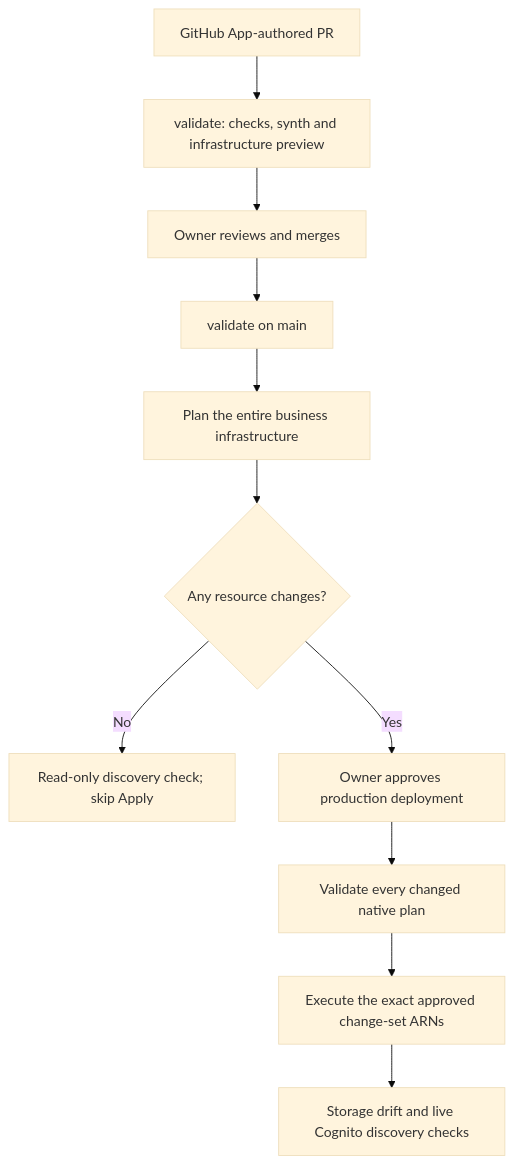
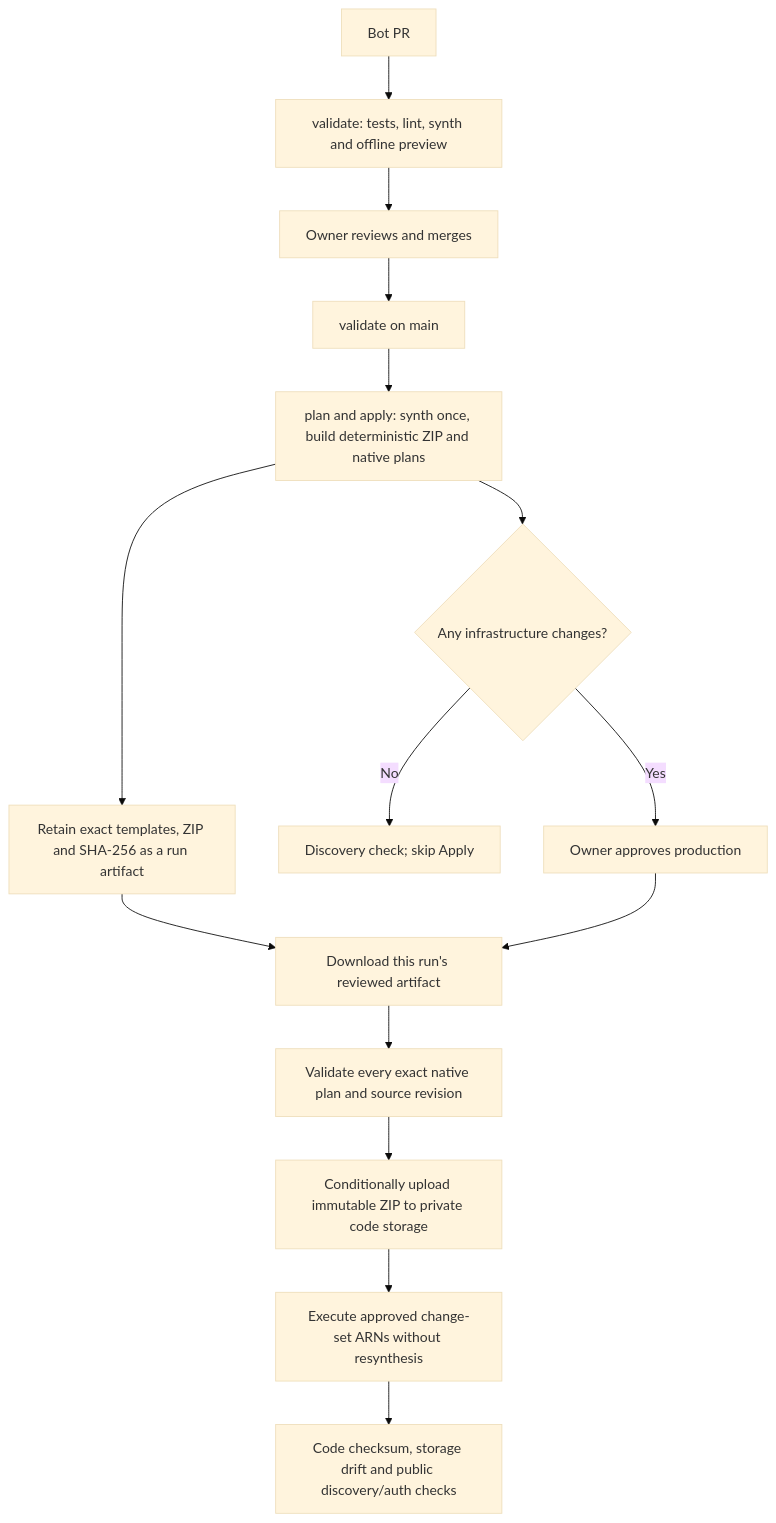
The second of 2 diagrams in README.md (yepengfan/obsidian-workflow-infra), drawn with Mermaid (base theme) before and after one commit. The commit also changed other lines of this file and 30 other files, not shown here.

````diff
--- a/README.md
+++ b/README.md
@@ -46,13 +53,17 @@
 ```mermaid
 flowchart TD
-    PR["GitHub App-authored PR"] --> Verify["validate: checks, synth and infrastructure preview"]
+    PR["Bot PR"] --> Verify["validate: tests, lint, synth and offline preview"]
     Verify --> Review["Owner reviews and merges"]
     Review --> Main["validate on main"]
-    Main --> Plan["Plan the entire business infrastructure"]
-    Plan --> Changes{"Any resource changes?"}
-    Changes -->|No| Unchanged["Read-only discovery check; skip Apply"]
-    Changes -->|Yes| Approval["Owner approves production deployment"]
-    Approval --> Preflight["Validate every changed native plan"]
-    Preflight --> Apply["Execute the exact approved change-set ARNs"]
-    Apply --> Check["Storage drift and live Cognito discovery checks"]
+    Main --> Plan["plan and apply: synth once, build deterministic ZIP and native plans"]
+    Plan --> Artifact["Retain exact templates, ZIP and SHA-256 as a run artifact"]
+    Plan --> Changed{"Any infrastructure changes?"}
+    Changed -->|No| Unchanged["Discovery check; skip Apply"]
+    Changed -->|Yes| Approval["Owner approves production"]
+    Artifact --> Download["Download this run's reviewed artifact"]
+    Approval --> Download
+    Download --> Guard["Validate every exact native plan and source revision"]
+    Guard --> Upload["Conditionally upload immutable ZIP to private code storage"]
+    Upload --> Apply["Execute approved change-set ARNs without resynthesis"]
+    Apply --> Check["Code checksum, storage drift and public discovery/auth checks"]
 ```
````
